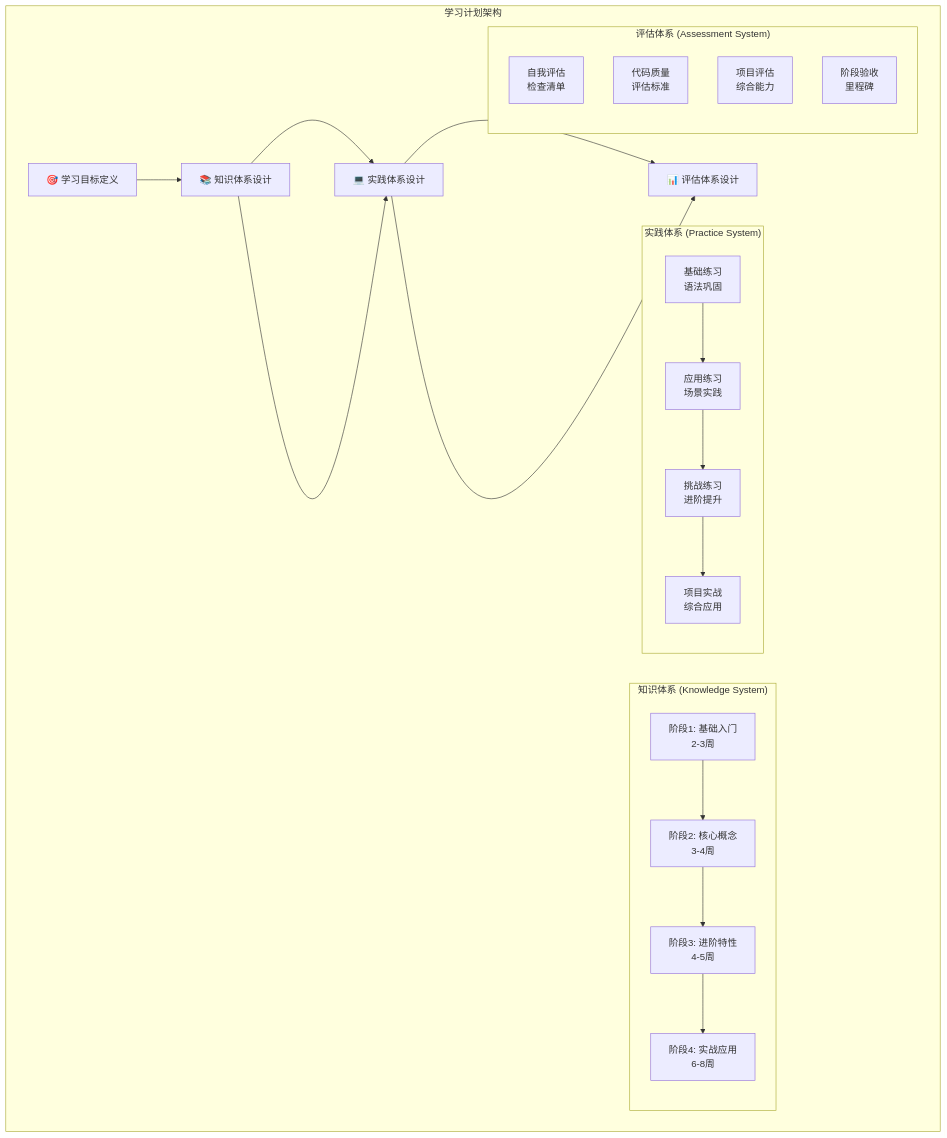
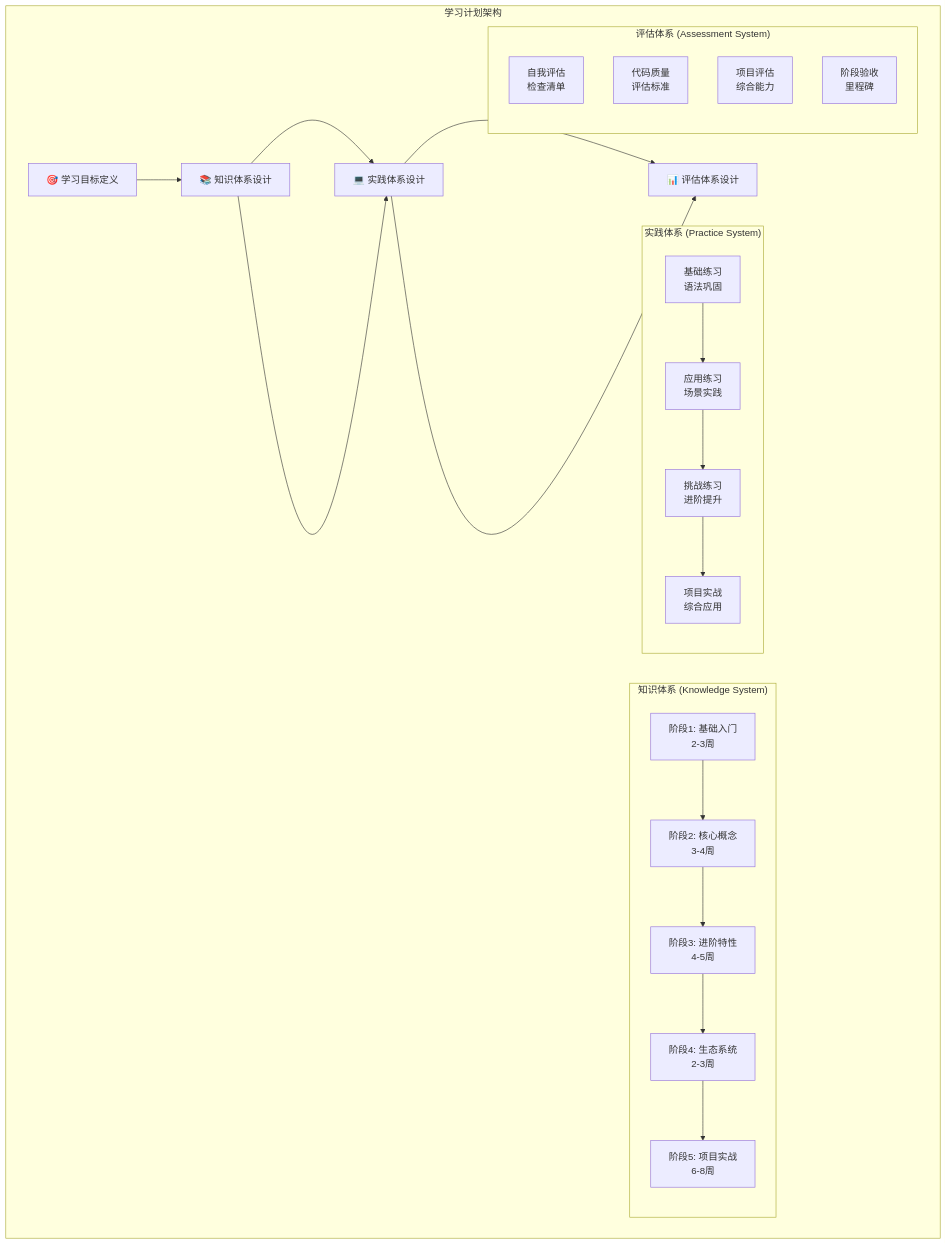
The first of 4 diagrams in docs/rust-learning-plan/DESIGN_rust-learning-plan.md (lgon528/rust-learning), drawn with Mermaid before and after one commit. The commit also changed other lines of this file and 147 other files, not shown here.

````diff
--- a/docs/rust-learning-plan/DESIGN_rust-learning-plan.md
+++ b/docs/rust-learning-plan/DESIGN_rust-learning-plan.md
@@ -5,40 +5,42 @@
 ```mermaid
 graph TB
     subgraph "学习计划架构"
         A["🎯 学习目标定义"] --> B["📚 知识体系设计"]
         B --> C["💻 实践体系设计"]
         C --> D["📊 评估体系设计"]
         
         subgraph "知识体系 (Knowledge System)"
             B1["阶段1: 基础入门<br/>2-3周"]
             B2["阶段2: 核心概念<br/>3-4周"]
             B3["阶段3: 进阶特性<br/>4-5周"]
-            B4["阶段4: 实战应用<br/>6-8周"]
+            B4["阶段4: 生态系统<br/>2-3周"]
+            B5["阶段5: 项目实战<br/>6-8周"]
             
             B1 --> B2
             B2 --> B3
             B3 --> B4
+            B4 --> B5
         end
         
         subgraph "实践体系 (Practice System)"
             C1["基础练习<br/>语法巩固"]
             C2["应用练习<br/>场景实践"]
             C3["挑战练习<br/>进阶提升"]
             C4["项目实战<br/>综合应用"]
             
             C1 --> C2
             C2 --> C3
             C3 --> C4
         end
         
         subgraph "评估体系 (Assessment System)"
             D1["自我评估<br/>检查清单"]
             D2["代码质量<br/>评估标准"]
             D3["项目评估<br/>综合能力"]
             D4["阶段验收<br/>里程碑"]
         end
         
         B --> C
         C --> D
     end
 ```
````
